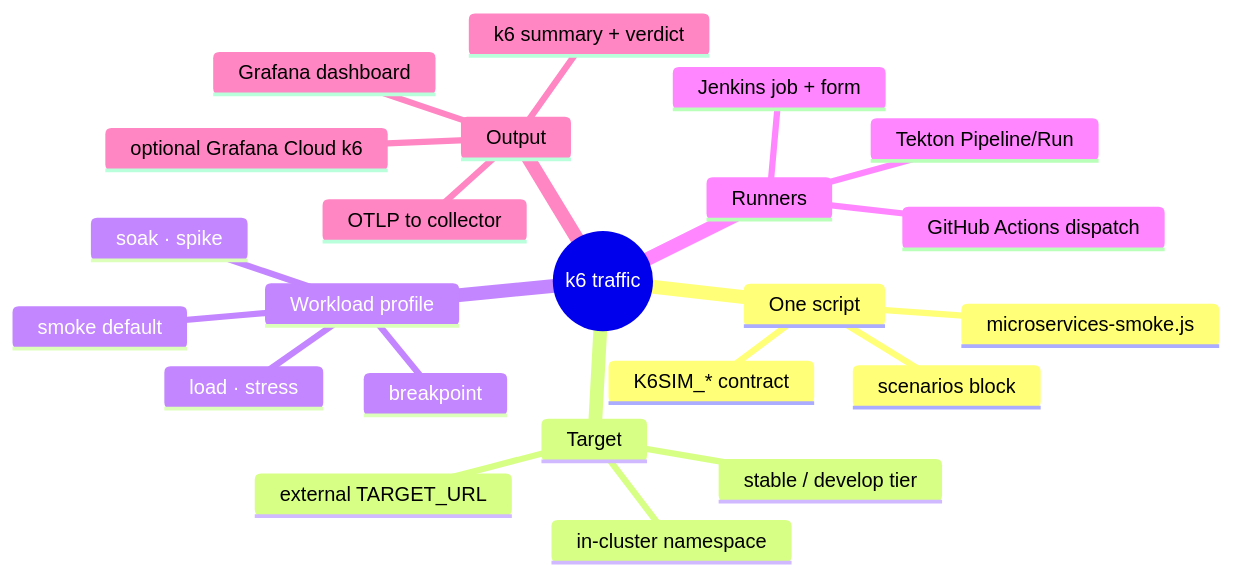
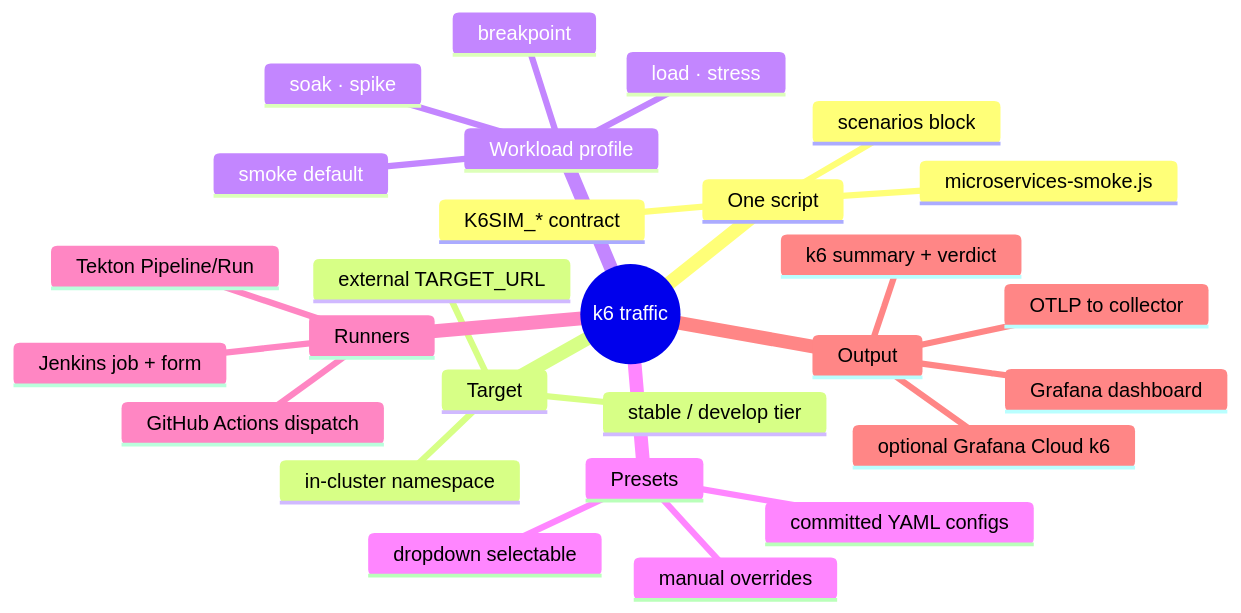
Before and after one commit to nubenetes/jenkins-2026: the first of 14 diagrams in docs/302-K6_LOAD_TESTING.md, drawn with Mermaid. The commit also changed other lines of this file and 18 other files, not shown here.

First line of the commit message:
feat(k6): committed config presets (dropdown-selectable) across Jenkins/Tekton/GHA

````diff
--- a/docs/302-K6_LOAD_TESTING.md
+++ b/docs/302-K6_LOAD_TESTING.md
@@ -18,26 +18,30 @@
 ```mermaid
 mindmap
   root((k6 traffic))
     One script
       microservices-smoke.js
       scenarios block
       K6SIM_* contract
     Target
       in-cluster namespace
       external TARGET_URL
       stable / develop tier
     Workload profile
       smoke default
       load · stress
       soak · spike
       breakpoint
+    Presets
+      committed YAML configs
+      dropdown selectable
+      manual overrides
     Runners
       Jenkins job + form
       Tekton Pipeline/Run
       GitHub Actions dispatch
     Output
       OTLP to collector
       Grafana dashboard
       k6 summary + verdict
       optional Grafana Cloud k6
 ```
````
